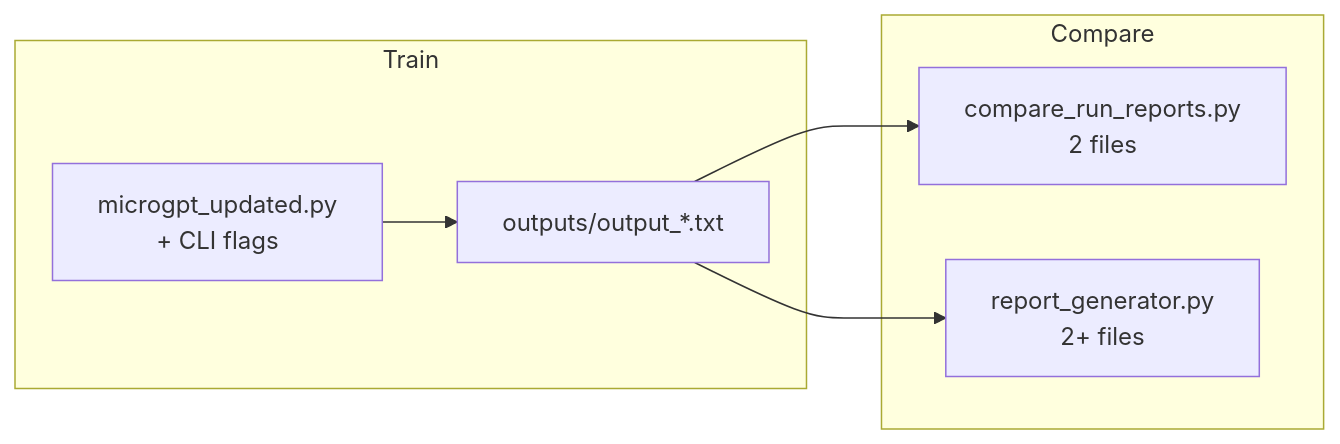
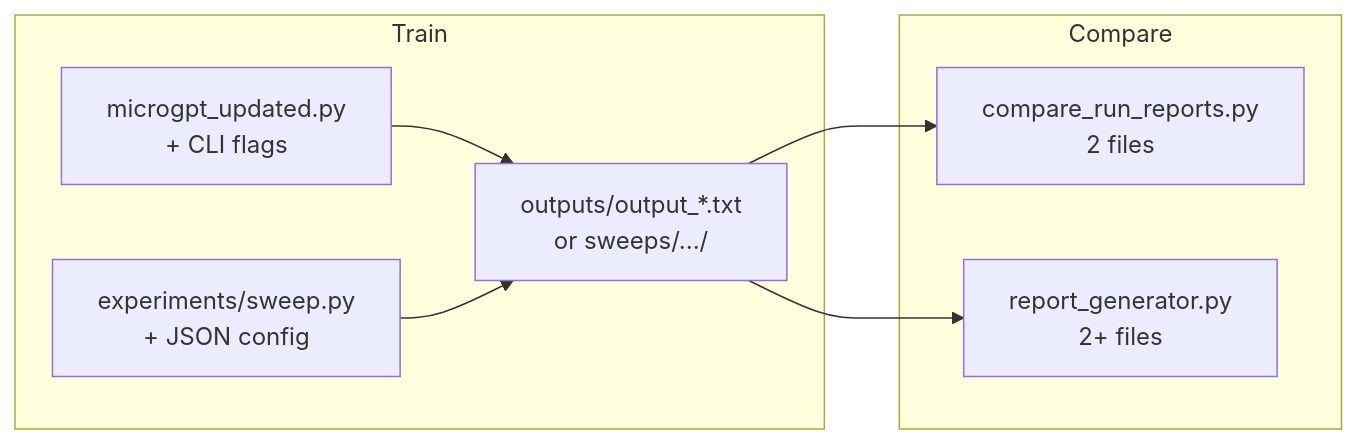
Before and after one commit to neomatrix369/microgpt-experiments: the diagram in docs/experiment-workflow.md, drawn with Mermaid. The commit also changed other lines of this file and 8 other files, not shown here.

````diff
--- a/docs/experiment-workflow.md
+++ b/docs/experiment-workflow.md
@@ -17,14 +20,16 @@
 ```mermaid
 flowchart LR
   subgraph train [Train]
     CLI["microgpt_updated.py\n+ CLI flags"]
-    Out["outputs/output_*.txt"]
+    Sweep["experiments/sweep.py\n+ JSON config"]
+    Out["outputs/output_*.txt\nor sweeps/.../"]
   end
   subgraph compare [Compare]
     Diff["compare_run_reports.py\n2 files"]
     HTML["report_generator.py\n2+ files"]
   end
   CLI --> Out
+  Sweep --> Out
   Out --> Diff
   Out --> HTML
 ```
````
